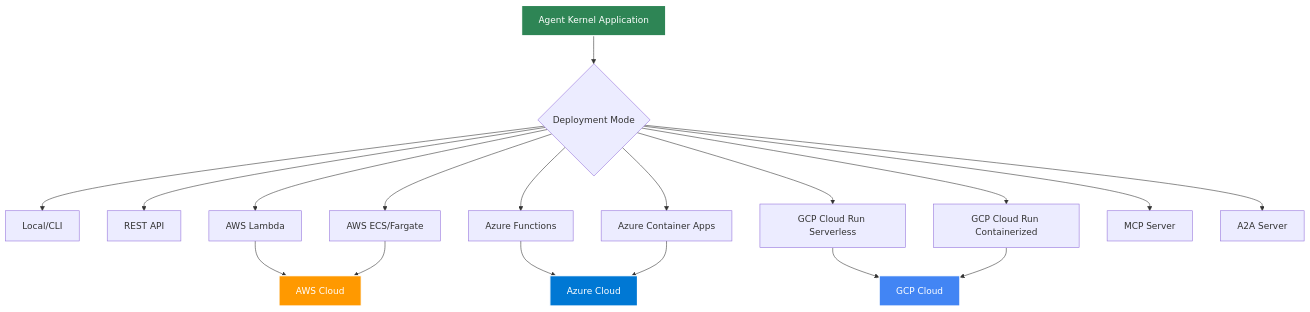
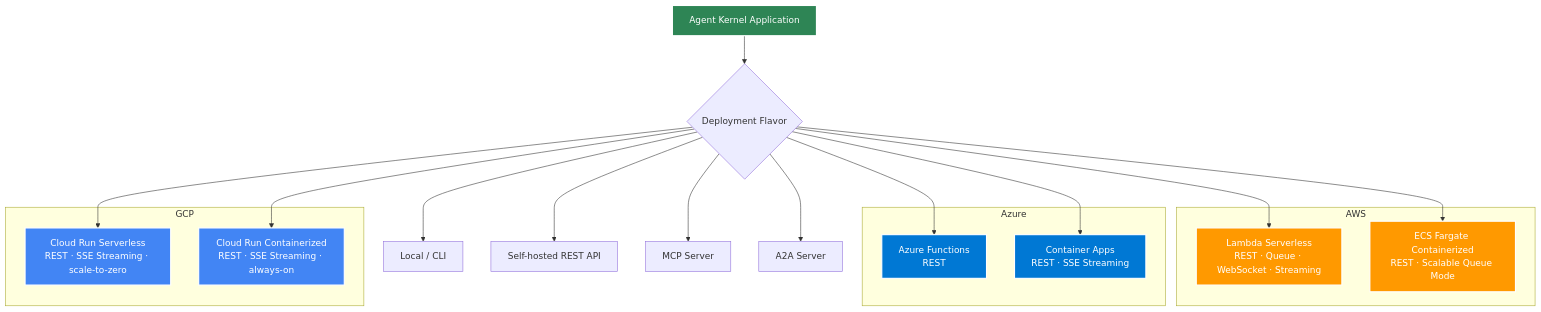
The first of 2 diagrams in docs/docs/deployment/overview.md (yaalalabs/agent-kernel), drawn with Mermaid before and after one commit. The commit also changed other lines of this file and 41 other files, not shown here.

````diff
--- a/docs/docs/deployment/overview.md
+++ b/docs/docs/deployment/overview.md
@@ -11,26 +11,38 @@
 ```mermaid
 graph TB
-    A[Agent Kernel Application] --> B{Deployment Mode}
-    B --> C[Local/CLI]
-    B --> D[REST API]
-    B --> E[AWS Lambda]
-    B --> F[AWS ECS/Fargate]
-    B --> G[Azure Functions]
-    B --> H[Azure Container Apps]
-    B --> I[GCP Cloud Run Serverless]
-    B --> J[GCP Cloud Run Containerized]
+    A[Agent Kernel Application] --> B{Deployment Flavor}
+    B --> C[Local / CLI]
+    B --> D[Self-hosted REST API]
     B --> K[MCP Server]
     B --> L[A2A Server]
-    
-    E --> M[AWS Cloud]
-    F --> M
-    G --> N[Azure Cloud]
-    H --> N
-    I --> O[GCP Cloud]
-    J --> O
-    
+
+    subgraph AWS["AWS"]
+        E[Lambda Serverless<br/>REST · Queue · WebSocket · Streaming]
+        F[ECS Fargate Containerized<br/>REST · Scalable Queue Mode]
+    end
+
+    subgraph AZ["Azure"]
+        G[Azure Functions<br/>REST]
+        H[Container Apps<br/>REST · SSE Streaming]
+    end
+
+    subgraph GCP["GCP"]
+        I[Cloud Run Serverless<br/>REST · SSE Streaming · scale-to-zero]
+        J[Cloud Run Containerized<br/>REST · SSE Streaming · always-on]
+    end
+
+    B --> E
+    B --> F
+    B --> G
+    B --> H
+    B --> I
+    B --> J
+
     style A fill:#2e8555,stroke:#fff,stroke-width:2px,color:#fff
-    style M fill:#FF9900,stroke:#fff,stroke-width:2px,color:#fff
-    style N fill:#0078D4,stroke:#fff,stroke-width:2px,color:#fff
-    style O fill:#4285F4,stroke:#fff,stroke-width:2px,color:#fff
+    style E fill:#FF9900,stroke:#fff,stroke-width:2px,color:#fff
+    style F fill:#FF9900,stroke:#fff,stroke-width:2px,color:#fff
+    style G fill:#0078D4,stroke:#fff,stroke-width:2px,color:#fff
+    style H fill:#0078D4,stroke:#fff,stroke-width:2px,color:#fff
+    style I fill:#4285F4,stroke:#fff,stroke-width:2px,color:#fff
+    style J fill:#4285F4,stroke:#fff,stroke-width:2px,color:#fff
 ```
````
